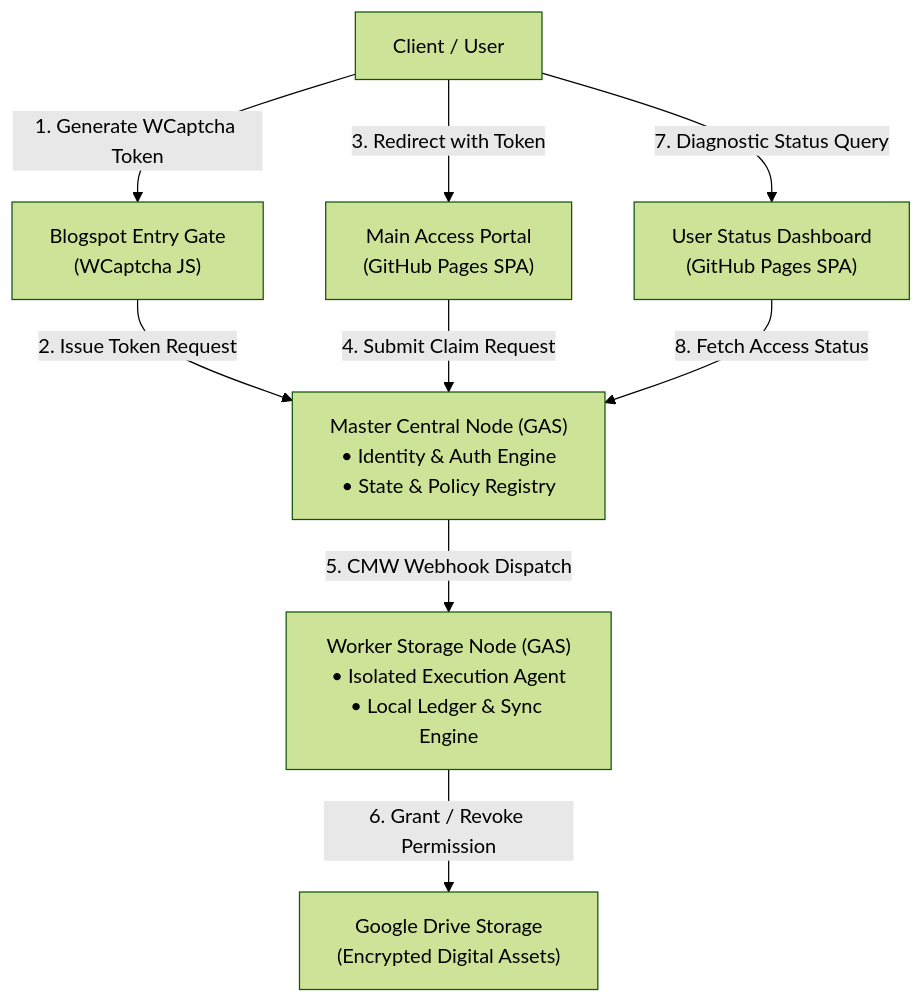
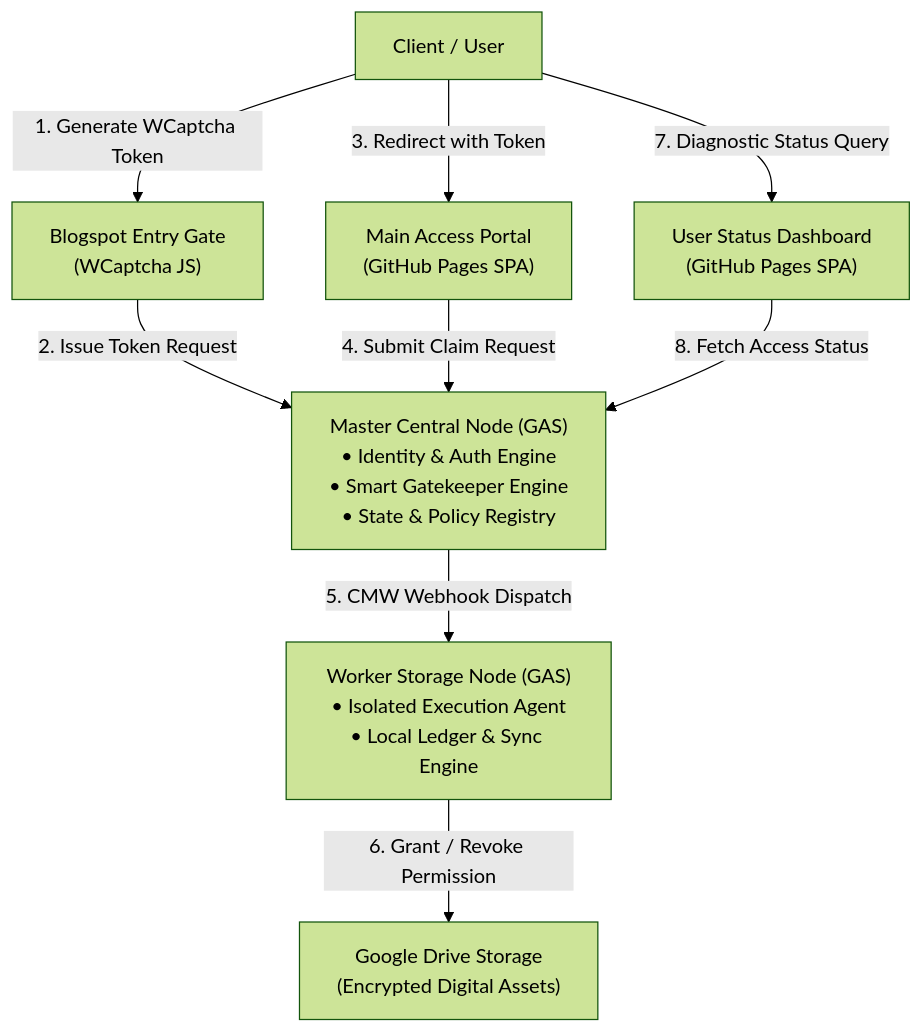
Before and after one commit to Rynetsysid/portal-akses-visual-novel-bahasa-indonesia: the first of 6 diagrams in README.md, drawn with Mermaid (forest theme). The commit also changed other lines of this file, not shown here.

````diff
--- a/README.md
+++ b/README.md
@@ -41,15 +45,15 @@
 ```mermaid
 flowchart TD
     User["Client / User"] -->|1. Generate WCaptcha Token| BlogGate["Blogspot Entry Gate<br/>(WCaptcha JS)"]
-    BlogGate -->|2. Issue Token Request| MasterNode["Master Central Node (GAS)<br/>• Identity & Auth Engine<br/>• State & Policy Registry"]
+    BlogGate -->|2. Issue Token Request| MasterNode["Master Central Node (GAS)<br/>• Identity & Auth Engine<br/>• Smart Gatekeeper Engine<br/>• State & Policy Registry"]
     
     User -->|3. Redirect with Token| PortalSPA["Main Access Portal<br/>(GitHub Pages SPA)"]
     PortalSPA -->|4. Submit Claim Request| MasterNode
     
     MasterNode -->|5. CMW Webhook Dispatch| WorkerNode["Worker Storage Node (GAS)<br/>• Isolated Execution Agent<br/>• Local Ledger & Sync Engine"]
     
     WorkerNode -->|6. Grant / Revoke Permission| DriveAPI["Google Drive Storage<br/>(Encrypted Digital Assets)"]
     
     User -->|7. Diagnostic Status Query| CheckSPA["User Status Dashboard<br/>(GitHub Pages SPA)"]
     CheckSPA -->|8. Fetch Access Status| MasterNode
 ```
````
